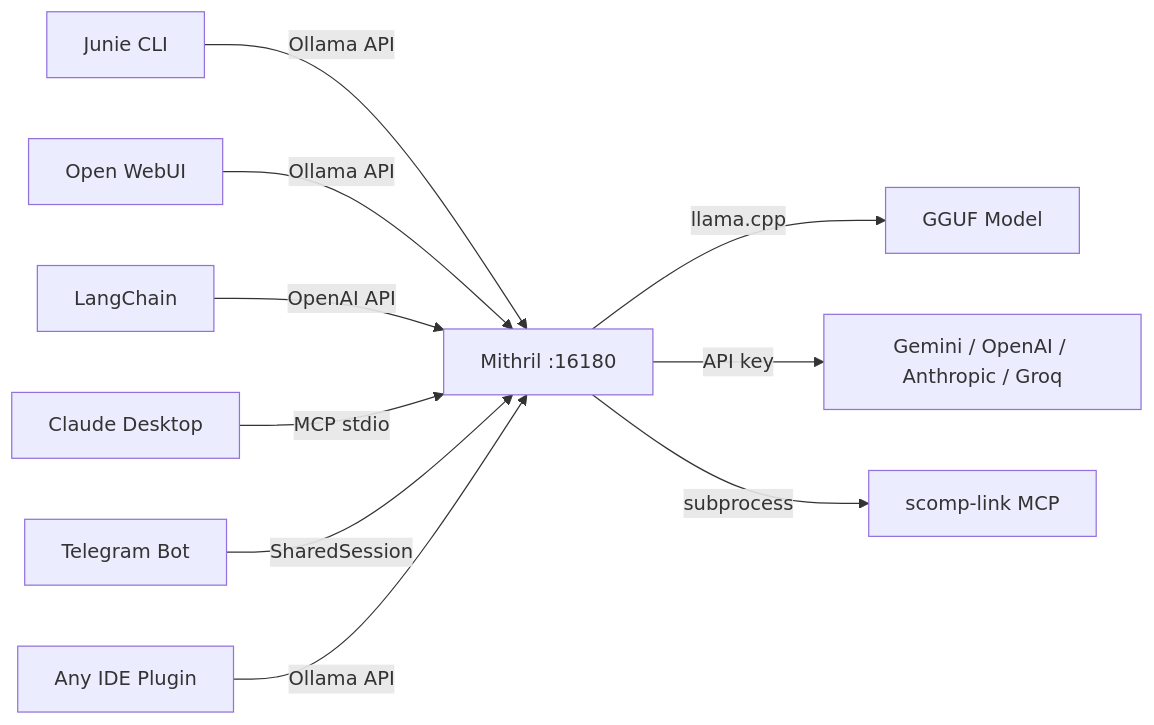
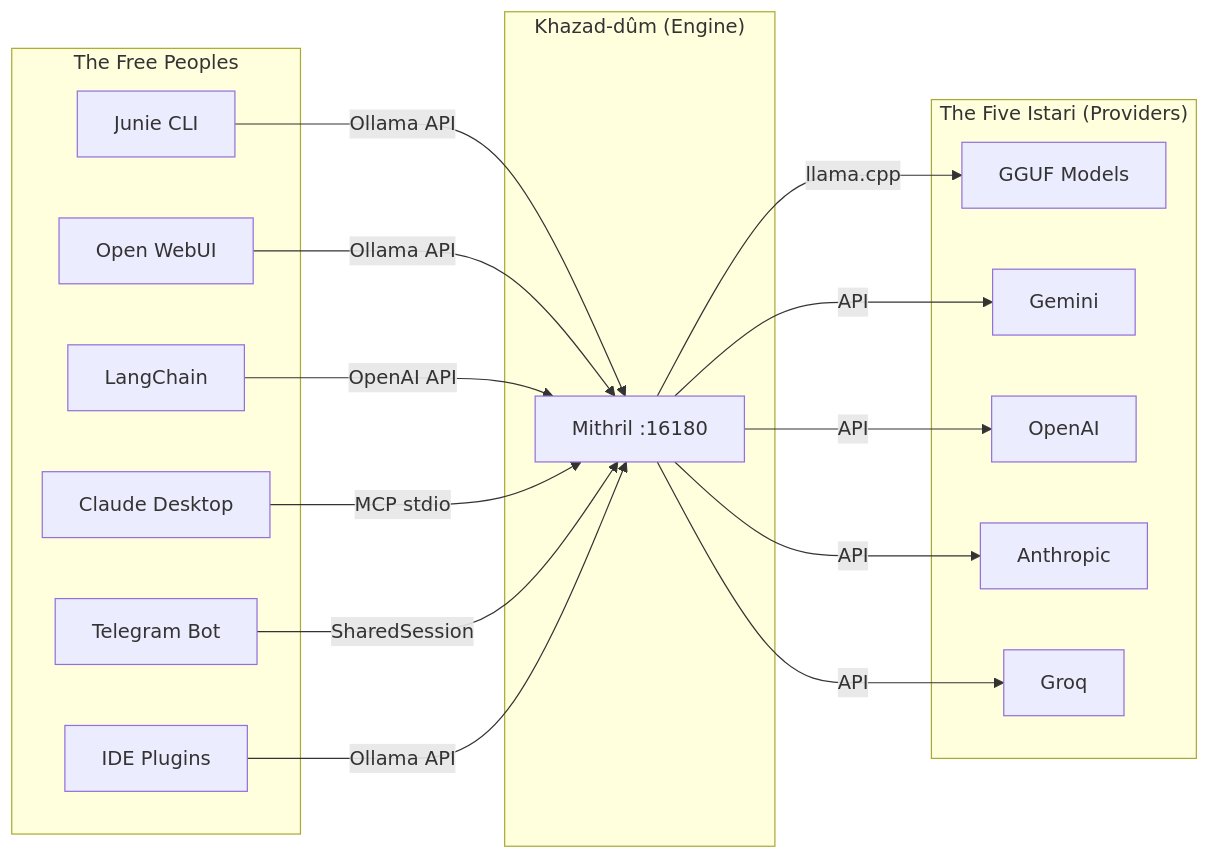
The diagram in README.md (GiacomoSaccaggi/Mithril), drawn with Mermaid before and after one commit. The commit also changed other lines of this file and 12 other files, not shown here.

````diff
--- a/README.md
+++ b/README.md
@@ -17,12 +17,35 @@
 ```mermaid
 graph LR
-    A[Junie CLI] -->|Ollama API| M[Mithril :16180]
-    B[Open WebUI] -->|Ollama API| M
-    C[LangChain] -->|OpenAI API| M
-    D[Claude Desktop] -->|MCP stdio| M
-    E[Telegram Bot] -->|SharedSession| M
-    F[Any IDE Plugin] -->|Ollama API| M
-    M -->|llama.cpp| G[GGUF Model]
-    M -->|API key| H[Gemini / OpenAI / Anthropic / Groq]
-    M -->|subprocess| I[scomp-link MCP]
+    subgraph "The Free Peoples"
+        A[Junie CLI]
+        B[Open WebUI]
+        C[LangChain]
+        D[Claude Desktop]
+        E[Telegram Bot]
+        F[IDE Plugins]
+    end
+    
+    subgraph "Khazad-dûm (Engine)"
+        M[Mithril :16180]
+    end
+    
+    subgraph "The Five Istari (Providers)"
+        G[GGUF Models]
+        H[Gemini]
+        I[OpenAI]
+        J[Anthropic]
+        K[Groq]
+    end
+    
+    A -->|Ollama API| M
+    B -->|Ollama API| M
+    C -->|OpenAI API| M
+    D -->|MCP stdio| M
+    E -->|SharedSession| M
+    F -->|Ollama API| M
+    M -->|llama.cpp| G
+    M -->|API| H
+    M -->|API| I
+    M -->|API| J
+    M -->|API| K
 ```
````
